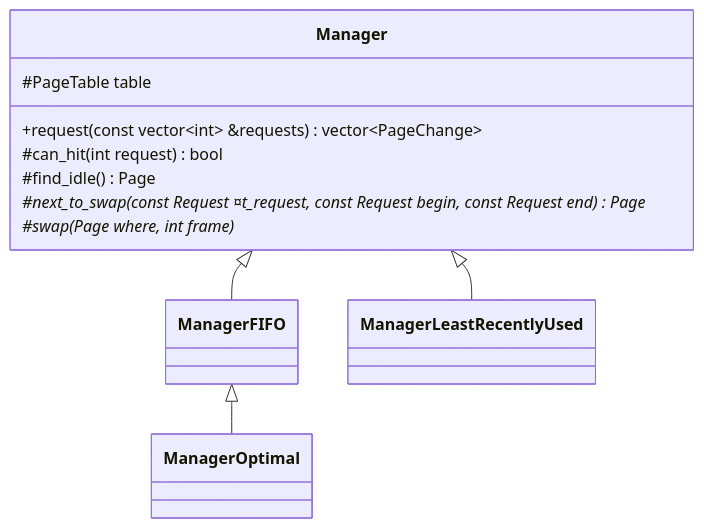
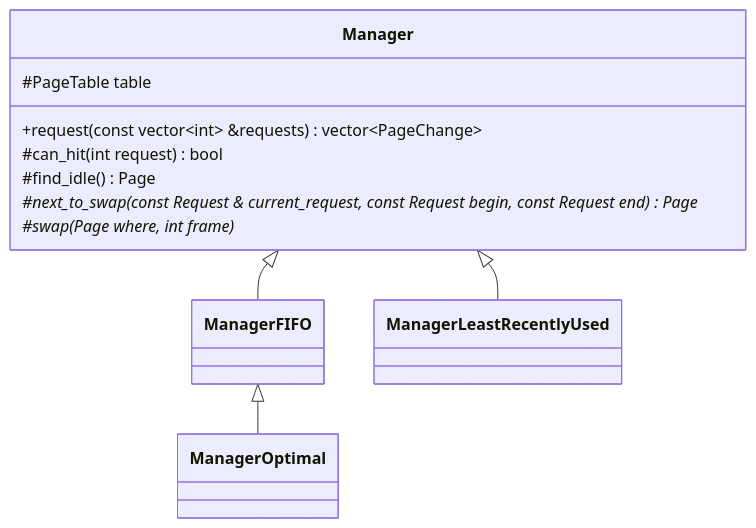
One commit to YDX-2147483647/os_homework changed the sixth of 15 diagrams in doc/doc_3.md. Above: the diagram before and after it, drawn with Mermaid. The commit also changed other lines of this file, not shown here.

Commit message:
[ex_2] 实验报告小修小补
`&current…`在 mermaid 中未能正常显示，加个空格就好了。

````diff
--- a/doc/doc_3.md
+++ b/doc/doc_3.md
@@ -187,15 +187,15 @@
 ```mermaid
 classDiagram-v2
     class Manager {
         +request(const vector~int~ &requests) vector~PageChange~
         #PageTable table
         #can_hit(int request) bool
         #find_idle() Page
-        #next_to_swap(const Request &current_request, const Request begin, const Request end)* Page
+        #next_to_swap(const Request & current_request, const Request begin, const Request end)* Page
         #swap(Page where, int frame)*
     }
     
     Manager <|-- ManagerFIFO
     ManagerFIFO <|-- ManagerOptimal
     Manager <|-- ManagerLeastRecentlyUsed
 ```
````
